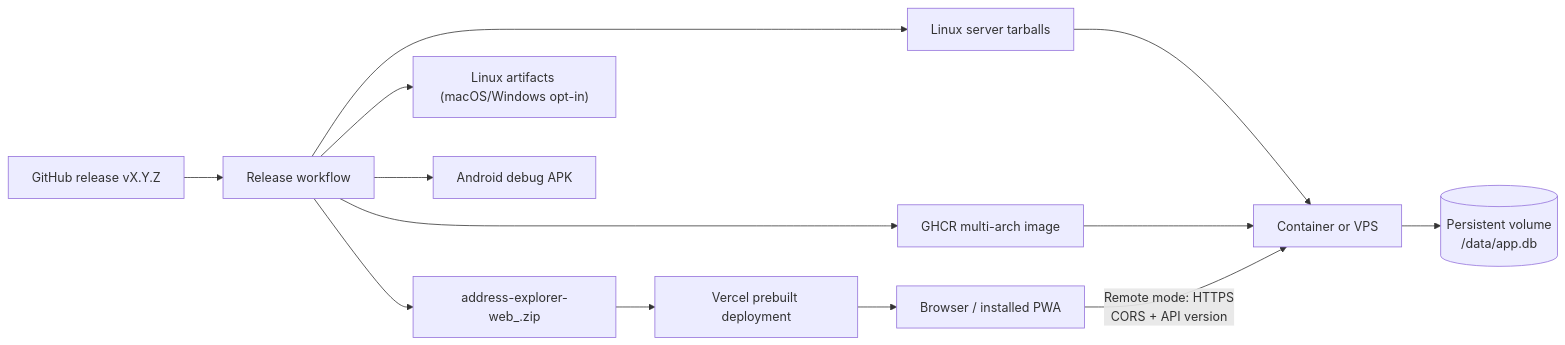
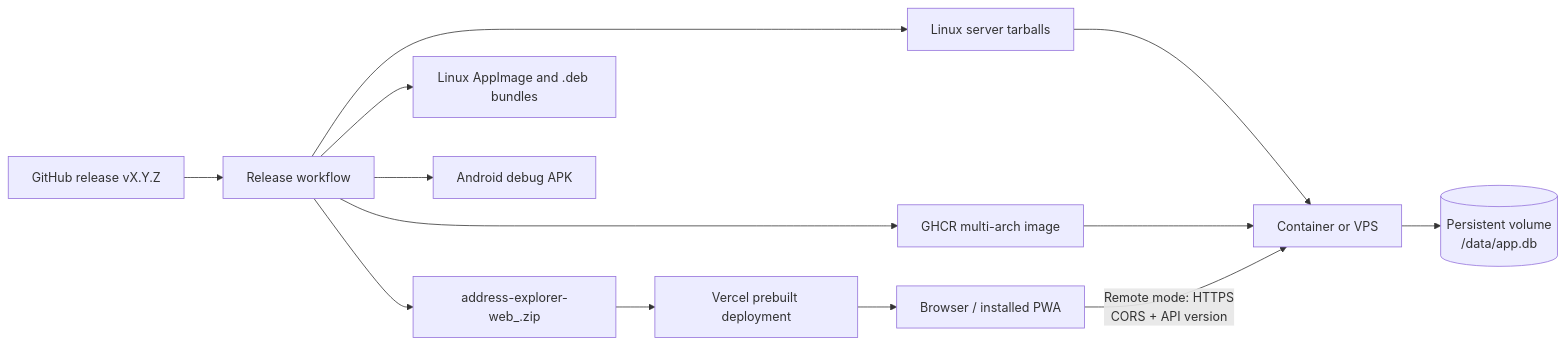
One commit to emidev98/address-explorer changed the third of 7 diagrams in docs/ARCHITECTURE.md. Above: the diagram before and after it, drawn with Mermaid. The commit also changed other lines of this file and 5 other files, not shown here.

Commit message:
ci(release): remove the macOS and Windows desktop jobs (#33)

````diff
--- a/docs/ARCHITECTURE.md
+++ b/docs/ARCHITECTURE.md
@@ -166,16 +166,16 @@
 ```mermaid
 flowchart LR
     Release["GitHub release vX.Y.Z"] --> Workflow["Release workflow"]
     Workflow --> WebArtifact["address-explorer-web_<version>.zip"]
-    Workflow --> DesktopArtifacts["Linux artifacts (macOS/Windows opt-in)"]
+    Workflow --> DesktopArtifacts["Linux AppImage and .deb bundles"]
     Workflow --> AndroidArtifact["Android debug APK"]
     Workflow --> ServerArtifacts["Linux server tarballs"]
     Workflow --> Image["GHCR multi-arch image"]
 
     WebArtifact --> Vercel["Vercel prebuilt deployment"]
     Vercel --> Browser["Browser / installed PWA"]
     ServerArtifacts --> Host["Container or VPS"]
     Image --> Host
     Host --> Volume[("Persistent volume<br/>/data/app.db")]
     Browser -- "Remote mode: HTTPS<br/>CORS + API version" --> Host
 ```
````
